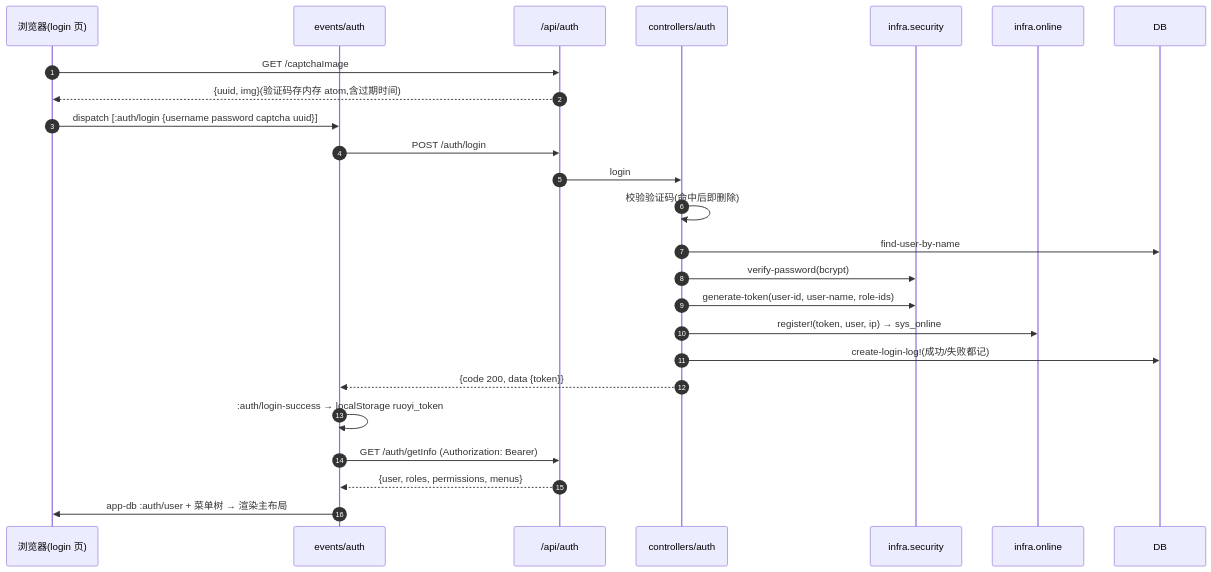
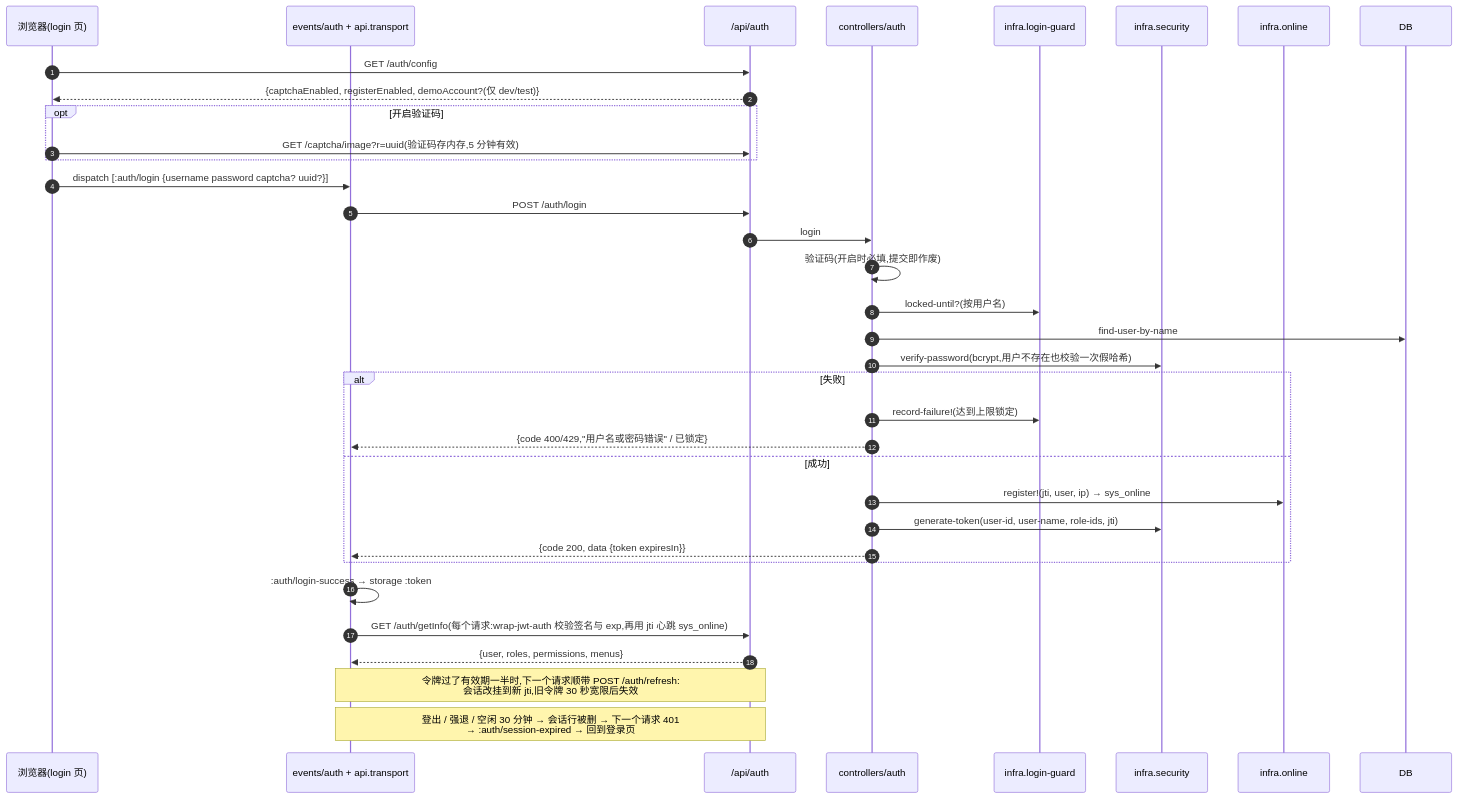
The ninth of 14 diagrams in docs/architecture/c4-model.org (RedCreationTech/clj-cljs-template), drawn with Mermaid before and after one commit. The commit also changed other lines of this file and 257 other files, not shown here.

```diff
--- a/docs/architecture/c4-model.org
+++ b/docs/architecture/c4-model.org
@@ -503,27 +511,37 @@
 #+begin_src mermaid :file img/dyn-login.svg :exports results
 sequenceDiagram
   autonumber
   participant B as 浏览器(login 页)
-  participant E as events/auth
+  participant E as events/auth + api.transport
   participant API as /api/auth
   participant C as controllers/auth
+  participant G as infra.login-guard
   participant S as infra.security
   participant O as infra.online
   participant DB as DB
-  B->>API: GET /captchaImage
-  API-->>B: {uuid, img}(验证码存内存 atom,含过期时间)
-  B->>E: dispatch [:auth/login {username password captcha uuid}]
+  B->>API: GET /auth/config
+  API-->>B: {captchaEnabled, registerEnabled, demoAccount?(仅 dev/test)}
+  opt 开启验证码
+    B->>API: GET /captcha/image?r=uuid(验证码存内存,5 分钟有效)
+  end
+  B->>E: dispatch [:auth/login {username password captcha? uuid?}]
   E->>API: POST /auth/login
   API->>C: login
-  C->>C: 校验验证码(命中后即删除)
+  C->>C: 验证码(开启时必填,提交即作废)
+  C->>G: locked-until?(按用户名)
   C->>DB: find-user-by-name
-  C->>S: verify-password(bcrypt)
-  C->>S: generate-token(user-id, user-name, role-ids)
-  C->>O: register!(token, user, ip) → sys_online
-  C->>DB: create-login-log!(成功/失败都记)
-  C-->>E: {code 200, data {token}}
-  E->>E: :auth/login-success → localStorage ruoyi_token
-  E->>API: GET /auth/getInfo (Authorization: Bearer)
+  C->>S: verify-password(bcrypt,用户不存在也校验一次假哈希)
+  alt 失败
+    C->>G: record-failure!(达到上限锁定)
+    C-->>E: {code 400/429,"用户名或密码错误" / 已锁定}
+  else 成功
+    C->>O: register!(jti, user, ip) → sys_online
+    C->>S: generate-token(user-id, user-name, role-ids, jti)
+    C-->>E: {code 200, data {token expiresIn}}
+  end
+  E->>E: :auth/login-success → storage :token
+  E->>API: GET /auth/getInfo(每个请求:wrap-jwt-auth 校验签名与 exp,再用 jti 心跳 sys_online)
   API-->>E: {user, roles, permissions, menus}
-  E->>B: app-db :auth/user + 菜单树 → 渲染主布局
+  Note over E,API: 令牌过了有效期一半时,下一个请求顺带 POST /auth/refresh:<br/>会话改挂到新 jti,旧令牌 30 秒宽限后失效
+  Note over E,API: 登出 / 强退 / 空闲 30 分钟 → 会话行被删 → 下一个请求 401<br/>→ :auth/session-expired → 回到登录页
 #+end_src
```
